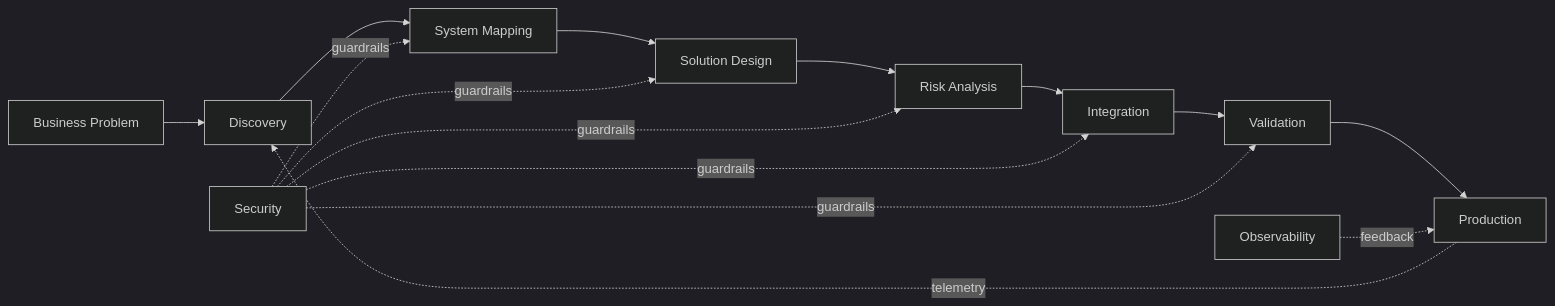
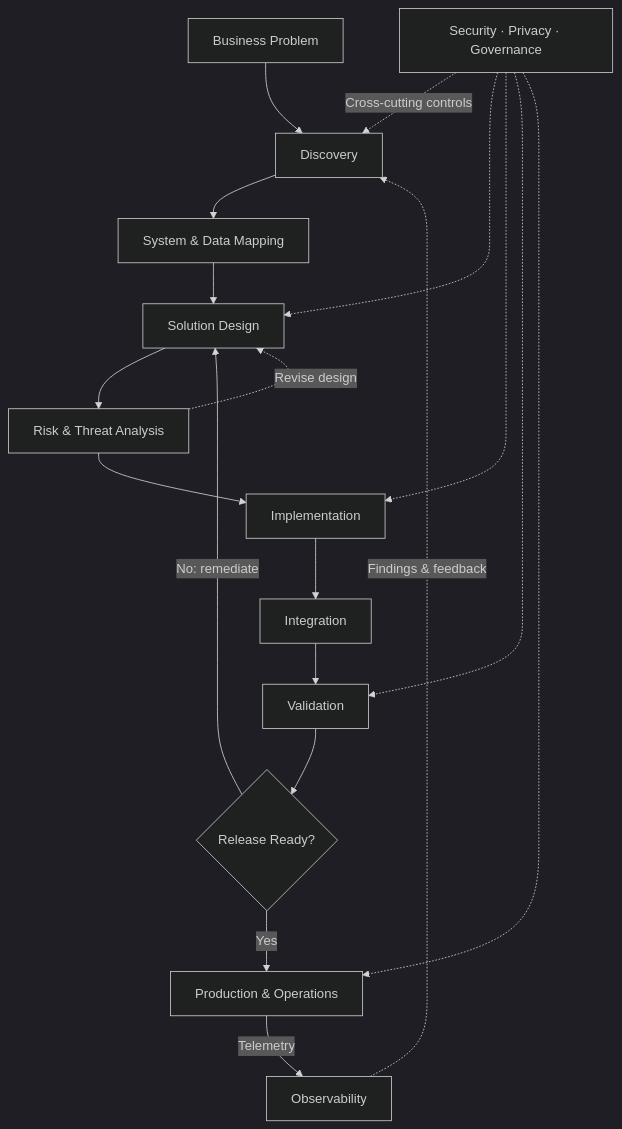
One commit to zechbirth/zechbirth changed the diagram in README.md. Above: the diagram before and after it, drawn with Mermaid (dark theme). The commit also changed other lines of this file, not shown here.

````diff
--- a/README.md
+++ b/README.md
@@ -75,19 +57,23 @@
 ```mermaid
-flowchart LR
+flowchart TB
     A["Business Problem"] --> B["Discovery"]
-    B --> C["System Mapping"]
+    B --> C["System & Data Mapping"]
     C --> D["Solution Design"]
-    D --> E["Risk Analysis"]
-    E --> F["Integration"]
-    F --> G["Validation"]
-    G --> H["Production"]
+    D --> E["Risk & Threat Analysis"]
+    E --> F["Implementation"]
+    F --> G["Integration"]
+    G --> H["Validation"]
+    H --> I{"Release Ready?"}
+    I -->|Yes| J["Production & Operations"]
+    I -->|No: remediate| D
 
-    S["Security"] -. guardrails .-> C
-    S -. guardrails .-> D
-    S -. guardrails .-> E
-    S -. guardrails .-> F
-    S -. guardrails .-> G
+    E -.->|Revise design| D
+    J -->|Telemetry| K["Observability"]
+    K -.->|Findings & feedback| B
 
-    O["Observability"] -. feedback .-> H
-    H -. telemetry .-> B
+    S["Security · Privacy · Governance"] -.->|Cross-cutting controls| B
+    S -.-> D
+    S -.-> F
+    S -.-> H
+    S -.-> J
 ```
````
